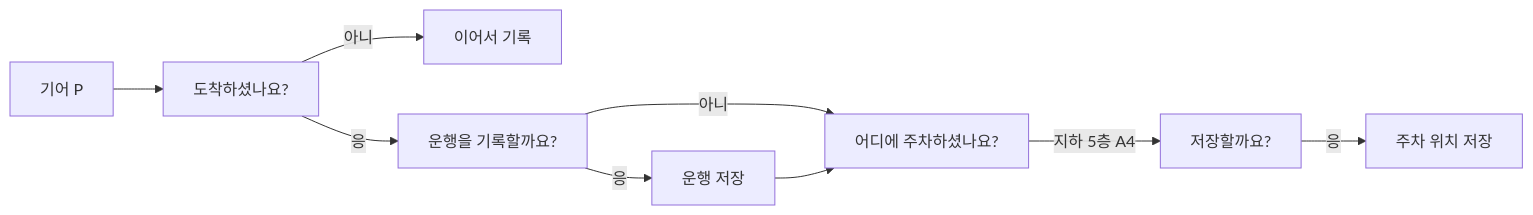
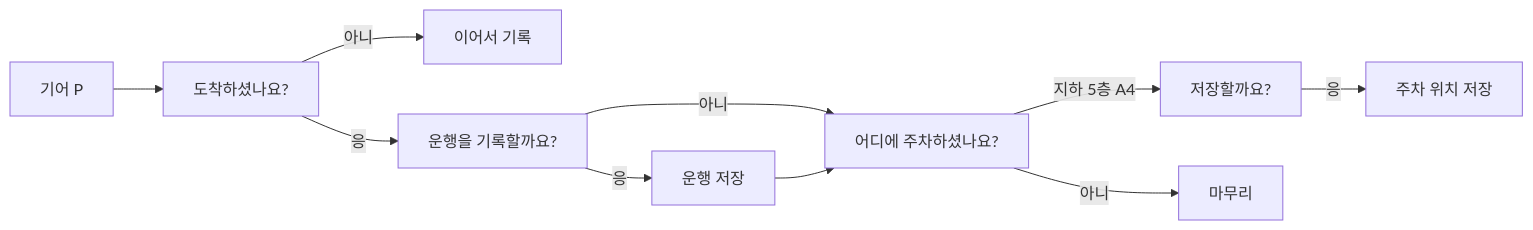
One commit to ysna629/pleos-app-challenge changed the diagram in README.md. Above: the diagram before and after it, drawn with Mermaid. The commit also changed other lines of this file, not shown here.

````diff
--- a/README.md
+++ b/README.md
@@ -34,11 +38,12 @@
 ```mermaid
 flowchart LR
     P[기어 P] --> Q1["도착하셨나요?"]
     Q1 -- 아니 --> K[이어서 기록]
     Q1 -- 응 --> Q2["운행을 기록할까요?"]
     Q2 -- 응 --> S[운행 저장]
     Q2 -- 아니 --> Q3
     S --> Q3["어디에 주차하셨나요?"]
     Q3 -- "지하 5층 A4" --> Q4["저장할까요?"]
+    Q3 -- 아니 --> E[마무리]
     Q4 -- 응 --> D[주차 위치 저장]
 ```
````
